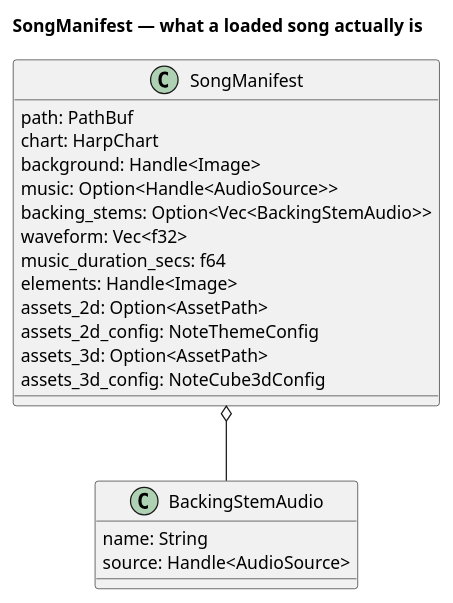
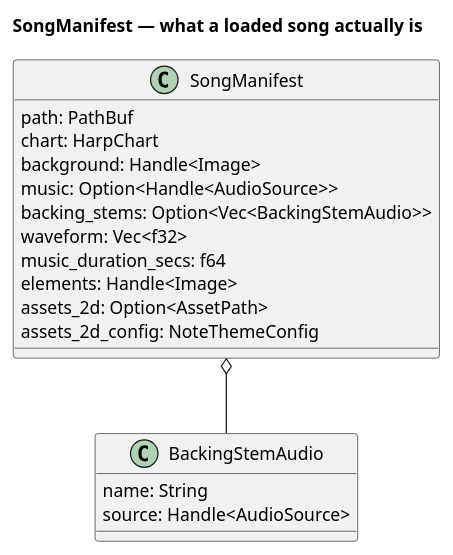
The first of 2 diagrams in contributing/src/chart-and-assets.md (tcanabrava/harmonicon), drawn with PlantUML before and after one commit. The commit also changed other lines of this file and 22 other files, not shown here.

````diff
--- a/contributing/src/chart-and-assets.md
+++ b/contributing/src/chart-and-assets.md
@@ -86,28 +86,26 @@
 ```plantuml
 @startuml
 title SongManifest — what a loaded song actually is
 skinparam classAttributeIconSize 0
 
 class SongManifest {
   path: PathBuf
   chart: HarpChart
   background: Handle<Image>
   music: Option<Handle<AudioSource>>
   backing_stems: Option<Vec<BackingStemAudio>>
   waveform: Vec<f32>
   music_duration_secs: f64
   elements: Handle<Image>
   assets_2d: Option<AssetPath>
   assets_2d_config: NoteThemeConfig
-  assets_3d: Option<AssetPath>
-  assets_3d_config: NoteCube3dConfig
 }
 
 class BackingStemAudio {
   name: String
   source: Handle<AudioSource>
 }
 
 SongManifest o-- BackingStemAudio
 @enduml
 ```
````
